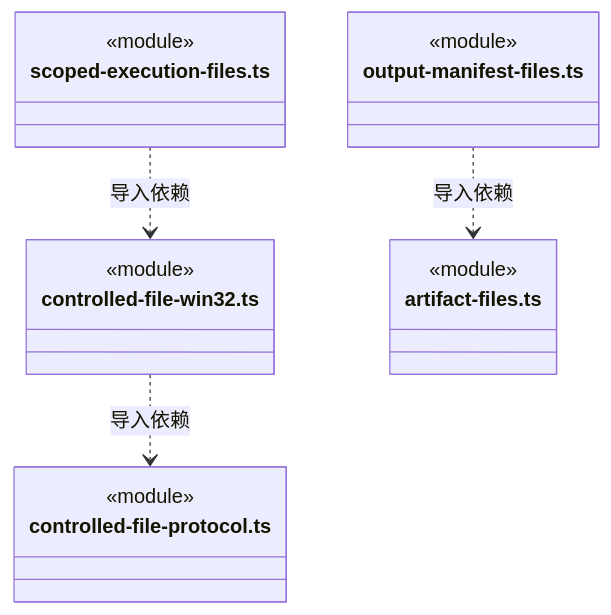
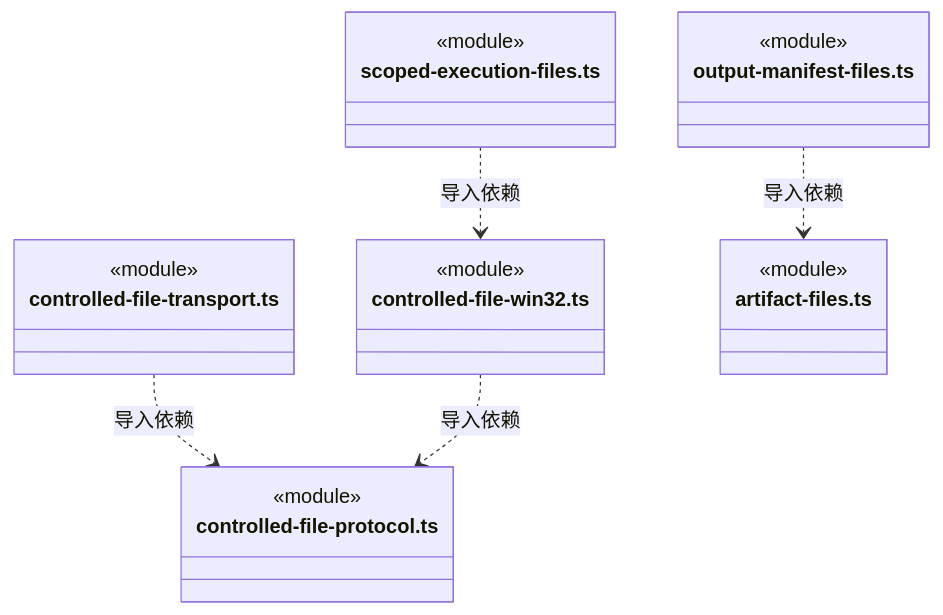
Diagram 18 of 18 in src/backend/main/platform/files/ARCHITECTURE.md (nan023062/cbim), drawn with Mermaid before and after one commit. The commit also changed other lines of this file and 130 other files, not shown here.

````diff
--- a/src/backend/main/platform/files/ARCHITECTURE.md
+++ b/src/backend/main/platform/files/ARCHITECTURE.md
@@ -415,21 +443,25 @@
 ```mermaid
 classDiagram
-class N_src_backend_main_platform_files_controlled_file_win32_ts["controlled-file-win32.ts"] {
+class N_src_backend_main_platform_files_controlled_file_transport_ts["controlled-file-transport.ts"] {
   <<module>>
 }
 class N_src_backend_main_platform_files_controlled_file_protocol_ts["controlled-file-protocol.ts"] {
+  <<module>>
+}
+class N_src_backend_main_platform_files_controlled_file_win32_ts["controlled-file-win32.ts"] {
   <<module>>
 }
 class N_src_backend_main_platform_files_output_manifest_files_ts["output-manifest-files.ts"] {
   <<module>>
 }
 class N_src_backend_main_platform_files_artifact_files_ts["artifact-files.ts"] {
   <<module>>
 }
 class N_src_backend_main_platform_files_scoped_execution_files_ts["scoped-execution-files.ts"] {
   <<module>>
 }
+N_src_backend_main_platform_files_controlled_file_transport_ts ..> N_src_backend_main_platform_files_controlled_file_protocol_ts : 导入依赖
 N_src_backend_main_platform_files_controlled_file_win32_ts ..> N_src_backend_main_platform_files_controlled_file_protocol_ts : 导入依赖
 N_src_backend_main_platform_files_output_manifest_files_ts ..> N_src_backend_main_platform_files_artifact_files_ts : 导入依赖
 N_src_backend_main_platform_files_scoped_execution_files_ts ..> N_src_backend_main_platform_files_controlled_file_win32_ts : 导入依赖
 ```
````
